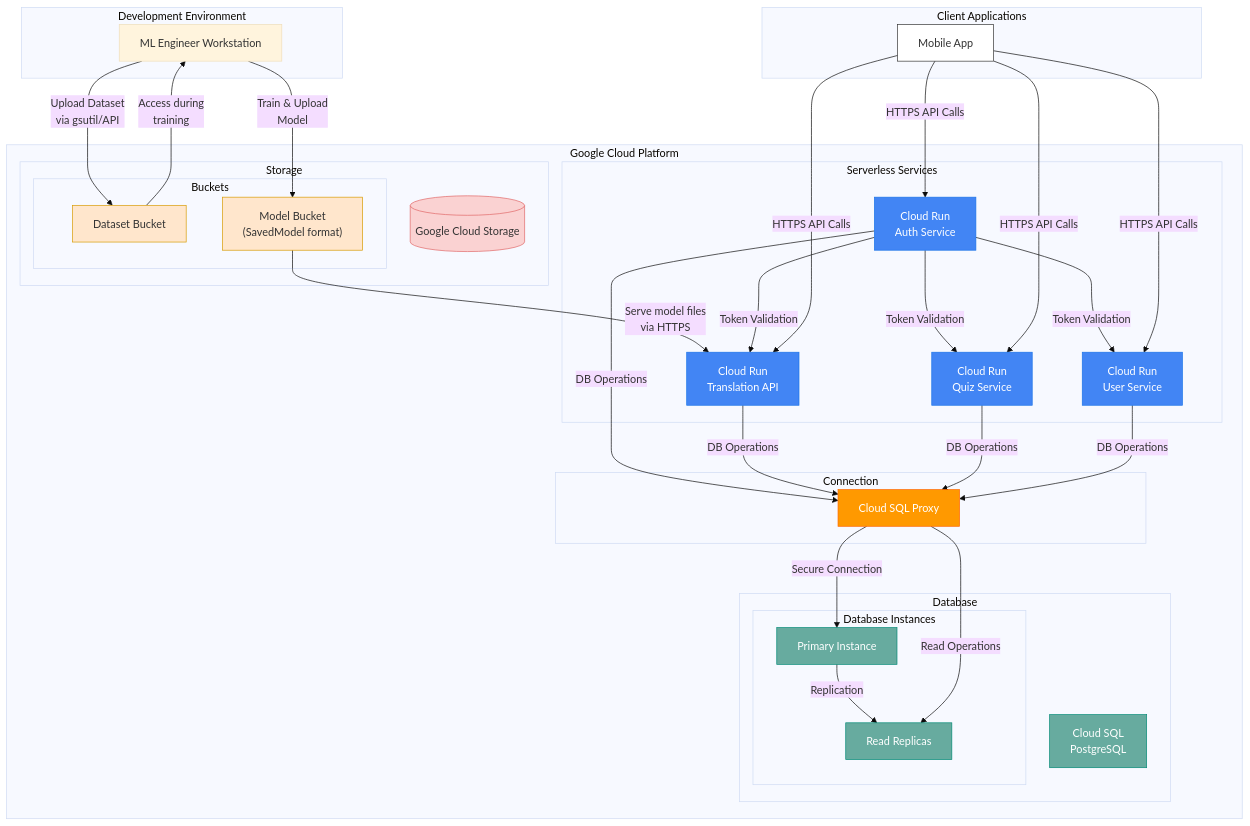
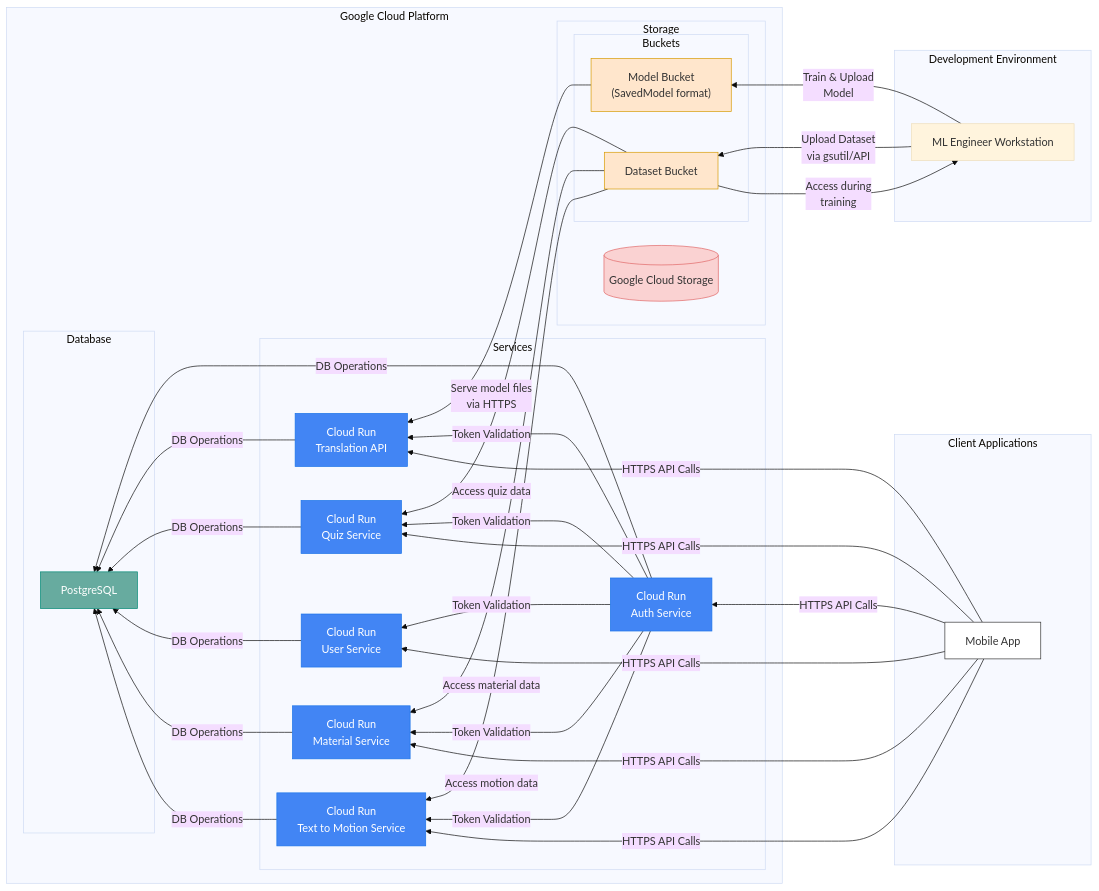
The second of 2 diagrams in profile/README.md (Bangkit-Capstone-Project-C242-PS363/.github), drawn with Mermaid (base theme) before and after one commit.

````diff
--- a/profile/README.md
+++ b/profile/README.md
@@ -99,5 +99,5 @@
 ```mermaid
-graph TB
+graph RL
     subgraph "Development Environment"
         ML[ML Engineer Workstation]
     end
@@ -112,22 +112,16 @@
         end
 
         subgraph "Database"
-            SQL["Cloud SQL<br/>PostgreSQL"]
-            subgraph "Database Instances"
-                Primary["Primary Instance"]
-                Read["Read Replicas"]
-            end
+            SQL["PostgreSQL"]
         end
 
-        subgraph "Serverless Services"
+        subgraph "Services"
             CR1["Cloud Run<br/>Auth Service"]
             CR2["Cloud Run<br/>Translation API"]
             CR3["Cloud Run<br/>Quiz Service"]
             CR4["Cloud Run<br/>User Service"]
-        end
-
-        subgraph "Connection"
-            CP["Cloud SQL Proxy"]
+            CR5["Cloud Run<br/>Material Service"]
+            CR6["Cloud Run<br/>Text to Motion Service"]
         end
     end
 
@@ -139,43 +133,46 @@
     ML -->|"Upload Dataset<br/>via gsutil/API"| Dataset
     ML -->|"Train & Upload<br/>Model"| Model
     
-    %% Model Access
+    %% Model & Dataset Access
     Model -->|"Serve model files<br/>via HTTPS"| CR2
     Dataset -->|"Access during<br/>training"| ML
+    Dataset -->|"Access quiz data"| CR3
+    Dataset -->|"Access material data"| CR5
+    Dataset -->|"Access motion data"| CR6
 
     %% Database Connections
-    Primary -->|"Replication"| Read
-    CP -->|"Secure Connection"| Primary
-    CP -->|"Read Operations"| Read
-    
-    CR1 -->|"DB Operations"| CP
-    CR2 -->|"DB Operations"| CP
-    CR3 -->|"DB Operations"| CP
-    CR4 -->|"DB Operations"| CP
+    CR1 -->|"DB Operations"| SQL
+    CR2 -->|"DB Operations"| SQL
+    CR3 -->|"DB Operations"| SQL
+    CR4 -->|"DB Operations"| SQL
+    CR5 -->|"DB Operations"| SQL
+    CR6 -->|"DB Operations"| SQL
 
     %% Service Communications
     CR1 -->|"Token Validation"| CR2
     CR1 -->|"Token Validation"| CR3
     CR1 -->|"Token Validation"| CR4
+    CR1 -->|"Token Validation"| CR5
+    CR1 -->|"Token Validation"| CR6
 
     %% Client Communications
-    
     Mobile -->|"HTTPS API Calls"| CR1
     Mobile -->|"HTTPS API Calls"| CR2
     Mobile -->|"HTTPS API Calls"| CR3
     Mobile -->|"HTTPS API Calls"| CR4
+    Mobile -->|"HTTPS API Calls"| CR5
+    Mobile -->|"HTTPS API Calls"| CR6
 
     classDef gcpService fill:#4285f4,stroke:#1a73e8,color:white;
     classDef storage fill:#fad2d2,stroke:#e06666;
     classDef client fill:#fff,stroke:#333;
     classDef bucket fill:#ffe6cc,stroke:#d79b00;
     classDef database fill:#67AB9F,stroke:#008975,color:white;
-    classDef proxy fill:#ff9900,stroke:#ff6600,color:white;
 
     class GCS,Dataset,Model storage;
-    class CR1,CR2,CR3,CR4 gcpService;
+    class CR1,CR2,CR3,CR4,CR5,CR6 gcpService;
     class Web,Mobile client;
     class Dataset,Model bucket;
-    class SQL,Primary,Read database;
-    class CP proxy;
+    class SQL database;
+
 ```
````
